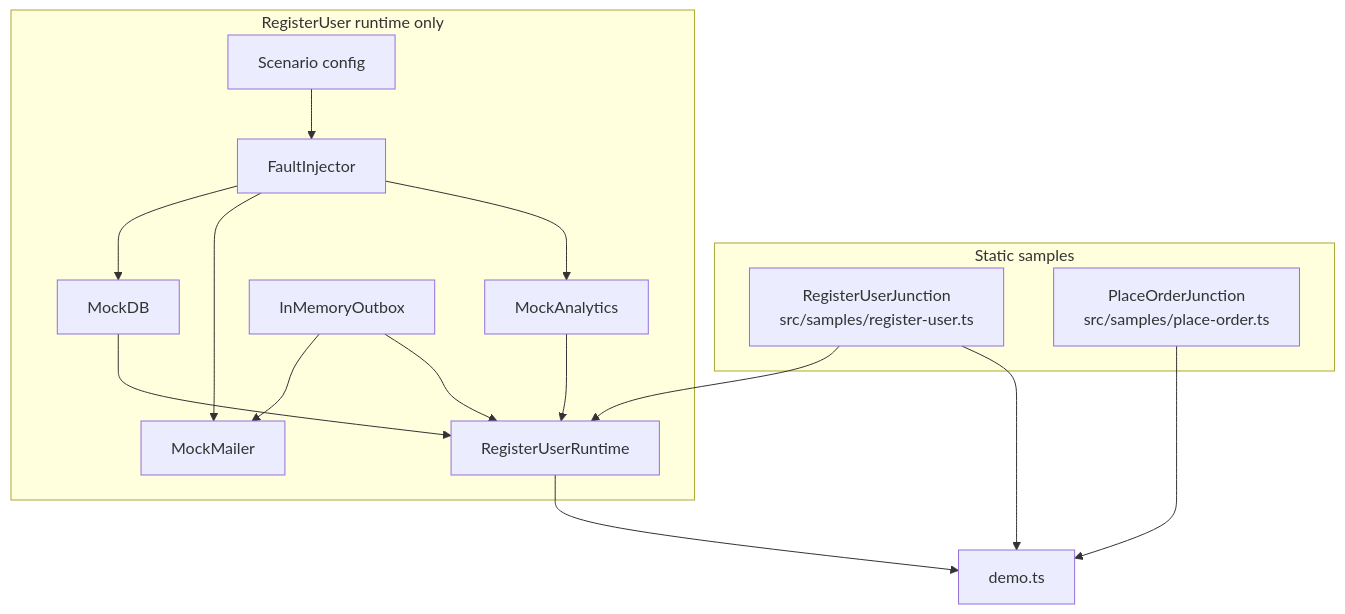
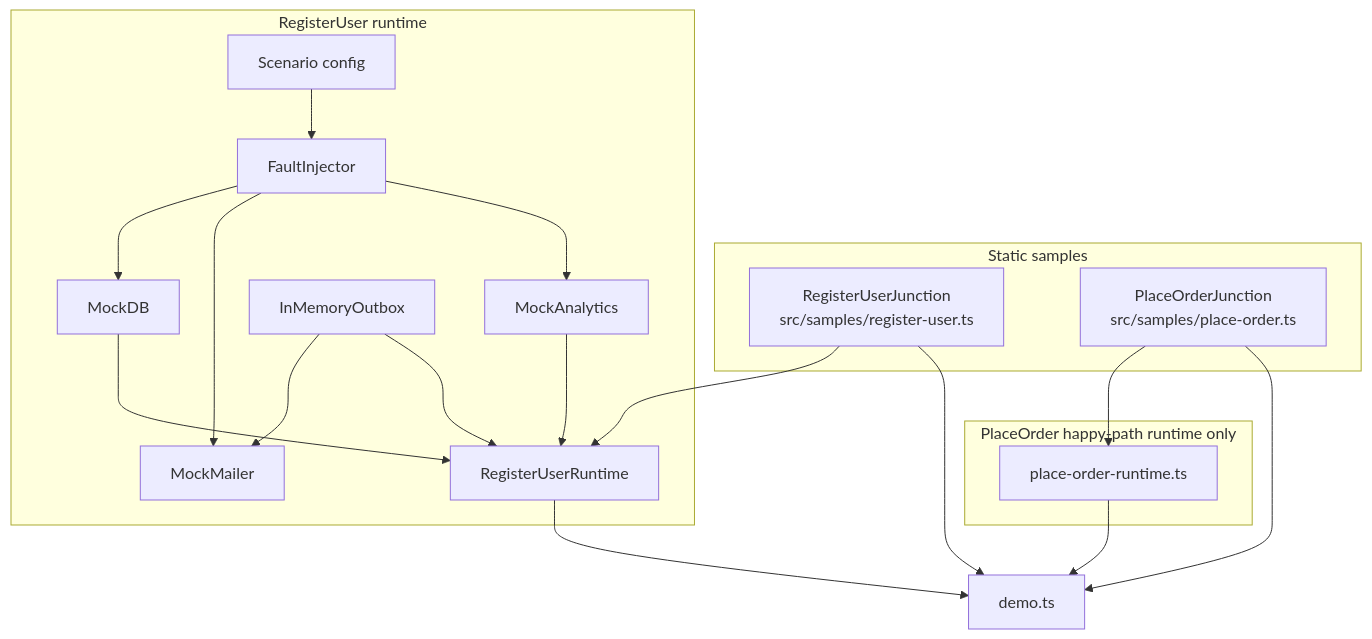
One commit to hayashikentaro/effect-junction changed the third of 9 diagrams in docs/11-implementation-map.md. Above: the diagram before and after it, drawn with Mermaid. The commit also changed other lines of this file and 6 other files, not shown here.

Commit message:
Add place order happy path runtime

````diff
--- a/docs/11-implementation-map.md
+++ b/docs/11-implementation-map.md
@@ -98,32 +98,38 @@
 ```mermaid
 flowchart TB
   subgraph StaticSamples["Static samples"]
     RegisterUserStatic[RegisterUserJunction<br/>src/samples/register-user.ts]
     PlaceOrderStatic[PlaceOrderJunction<br/>src/samples/place-order.ts]
   end
 
-  subgraph RegisterRuntime["RegisterUser runtime only"]
+  subgraph RegisterRuntime["RegisterUser runtime"]
     ScenarioConfig[Scenario config]
     FaultInjector[FaultInjector]
     MockDB[MockDB]
     MockMailer[MockMailer]
     MockAnalytics[MockAnalytics]
     Outbox[InMemoryOutbox]
     RegisterRuntimeNode[RegisterUserRuntime]
+  end
+
+  subgraph PlaceRuntime["PlaceOrder happy-path runtime only"]
+    PlaceOrderRuntime[place-order-runtime.ts]
   end
 
   Demo[demo.ts]
 
   RegisterUserStatic --> RegisterRuntimeNode
   ScenarioConfig --> FaultInjector
   FaultInjector --> MockDB
   FaultInjector --> MockMailer
   FaultInjector --> MockAnalytics
   Outbox --> MockMailer
   MockDB --> RegisterRuntimeNode
   MockAnalytics --> RegisterRuntimeNode
   Outbox --> RegisterRuntimeNode
   RegisterRuntimeNode --> Demo
+  PlaceOrderStatic --> PlaceOrderRuntime
+  PlaceOrderRuntime --> Demo
   RegisterUserStatic --> Demo
   PlaceOrderStatic --> Demo
 ```
````
